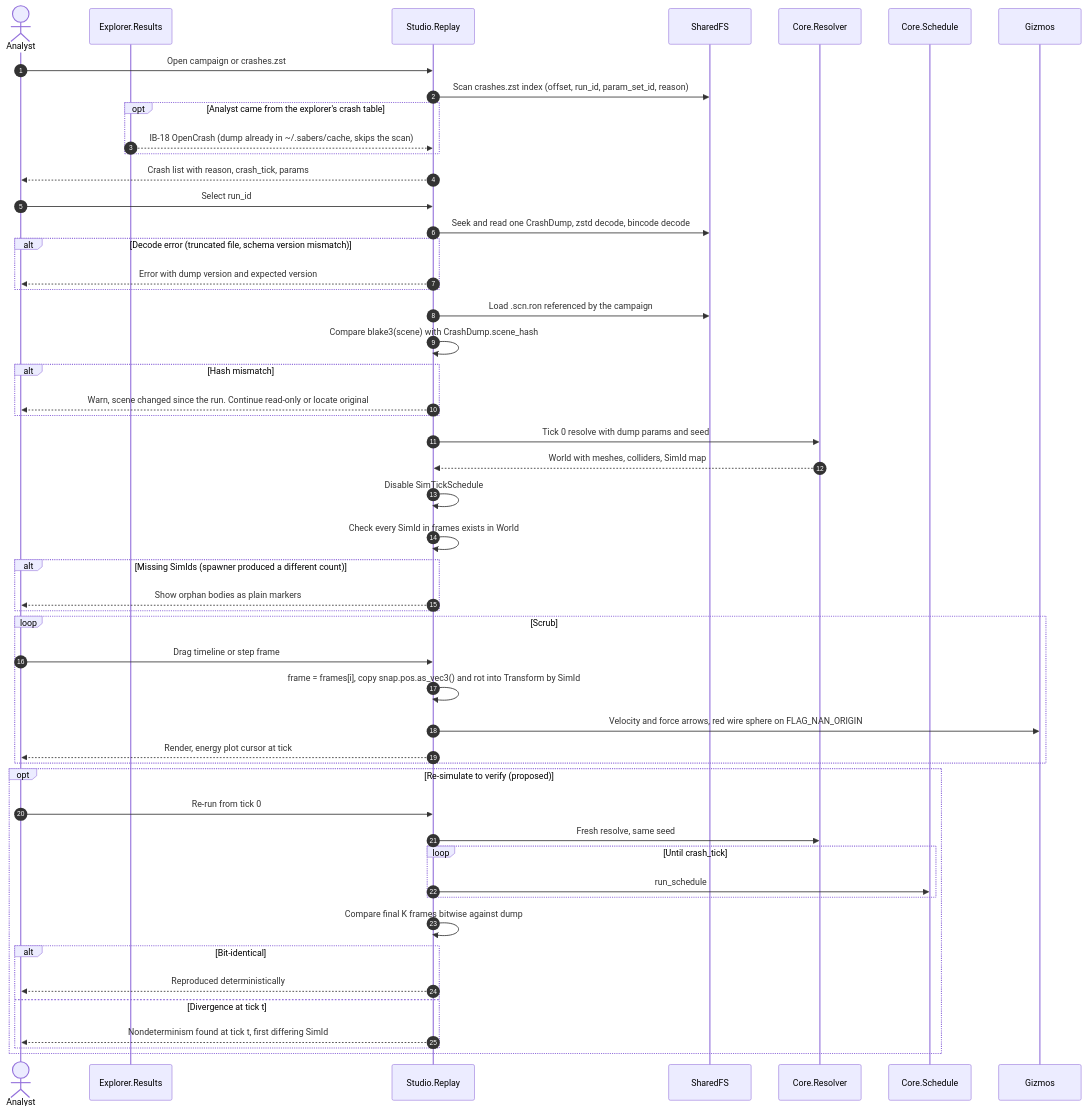
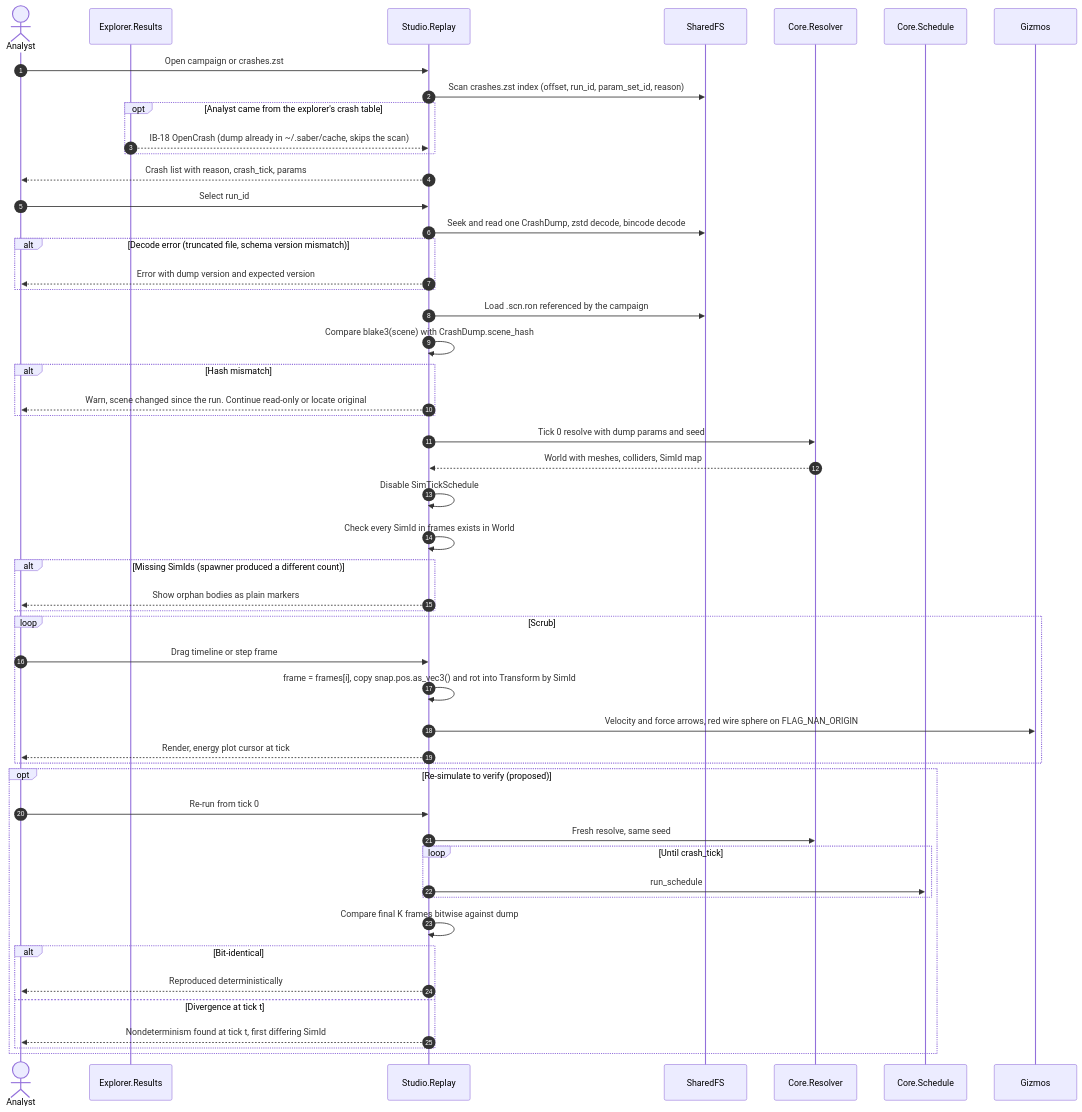
Diagram 14 of 18 in docs/design/sequence-diagrams.md (Schmiedium/SABER), drawn with Mermaid before and after one commit. The commit also changed other lines of this file and 6 other files, not shown here.

First line of the commit message:
Rename sabers identifiers to saber across the design docs (D18)

````diff
--- a/docs/design/sequence-diagrams.md
+++ b/docs/design/sequence-diagrams.md
@@ -857,56 +857,56 @@
 ```mermaid
 sequenceDiagram
     autonumber
     actor Analyst
     participant Results as Explorer.Results
     participant Replay as Studio.Replay
     participant SharedFS
     participant Resolver as Core.Resolver
     participant Schedule as Core.Schedule
     participant Gizmos
 
     Analyst->>Replay: Open campaign or crashes.zst
     Replay->>SharedFS: Scan crashes.zst index (offset, run_id, param_set_id, reason)
     opt Analyst came from the explorer's crash table
-        Results-->>Replay: IB-18 OpenCrash (dump already in ~/.sabers/cache, skips the scan)
+        Results-->>Replay: IB-18 OpenCrash (dump already in ~/.saber/cache, skips the scan)
     end
     Replay-->>Analyst: Crash list with reason, crash_tick, params
     Analyst->>Replay: Select run_id
     Replay->>SharedFS: Seek and read one CrashDump, zstd decode, bincode decode
     alt Decode error (truncated file, schema version mismatch)
         Replay-->>Analyst: Error with dump version and expected version
     end
     Replay->>SharedFS: Load .scn.ron referenced by the campaign
     Replay->>Replay: Compare blake3(scene) with CrashDump.scene_hash
     alt Hash mismatch
         Replay-->>Analyst: Warn, scene changed since the run. Continue read-only or locate original
     end
     Replay->>Resolver: Tick 0 resolve with dump params and seed
     Resolver-->>Replay: World with meshes, colliders, SimId map
     Replay->>Replay: Disable SimTickSchedule
     Replay->>Replay: Check every SimId in frames exists in World
     alt Missing SimIds (spawner produced a different count)
         Replay-->>Analyst: Show orphan bodies as plain markers
     end
 
     loop Scrub
         Analyst->>Replay: Drag timeline or step frame
         Replay->>Replay: frame = frames[i], copy snap.pos.as_vec3() and rot into Transform by SimId
         Replay->>Gizmos: Velocity and force arrows, red wire sphere on FLAG_NAN_ORIGIN
         Replay-->>Analyst: Render, energy plot cursor at tick
     end
 
     opt Re-simulate to verify (proposed)
         Analyst->>Replay: Re-run from tick 0
         Replay->>Resolver: Fresh resolve, same seed
         loop Until crash_tick
             Replay->>Schedule: run_schedule
         end
         Replay->>Replay: Compare final K frames bitwise against dump
         alt Bit-identical
             Replay-->>Analyst: Reproduced deterministically
         else Divergence at tick t
             Replay-->>Analyst: Nondeterminism found at tick t, first differing SimId
         end
     end
 ```
````
